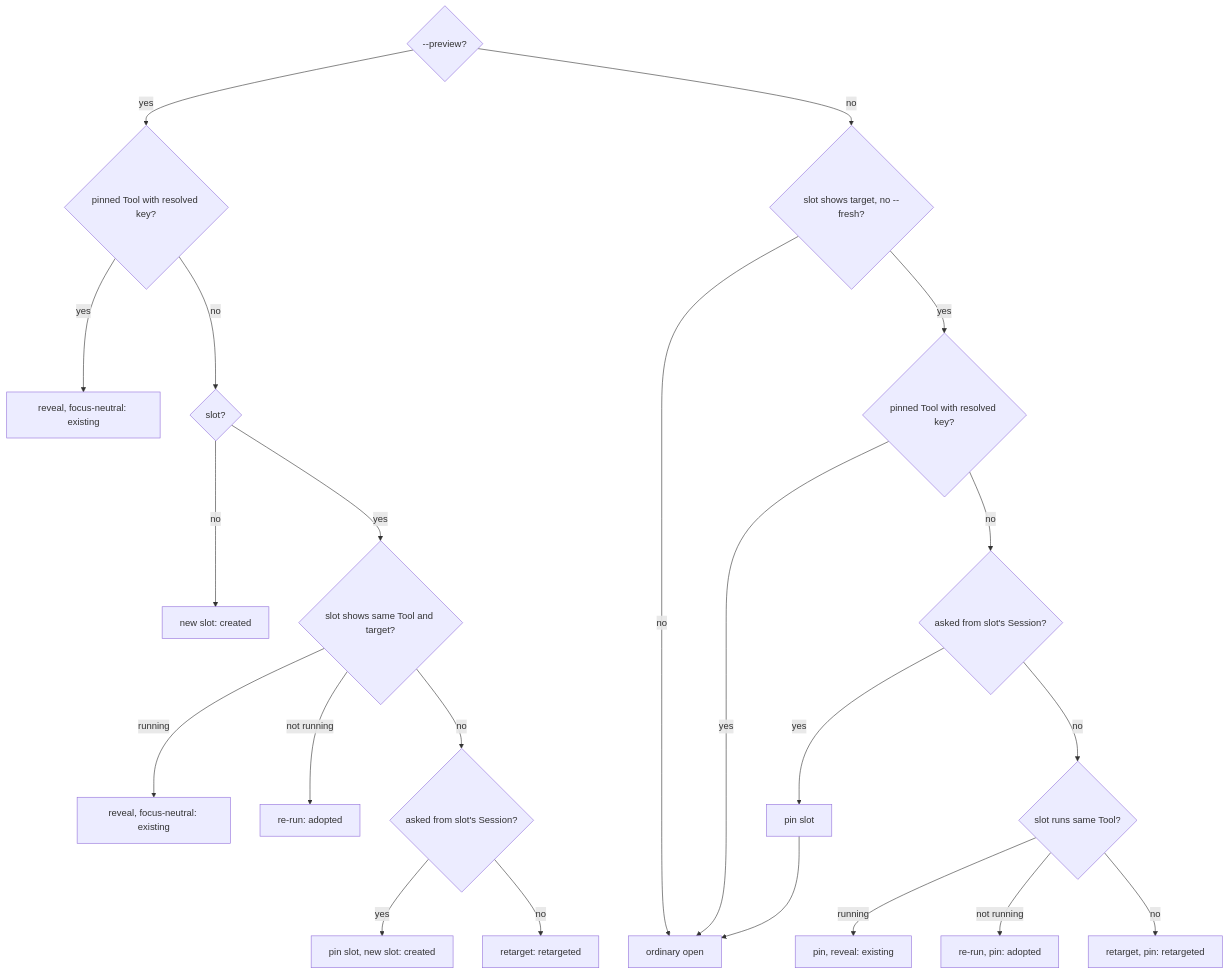
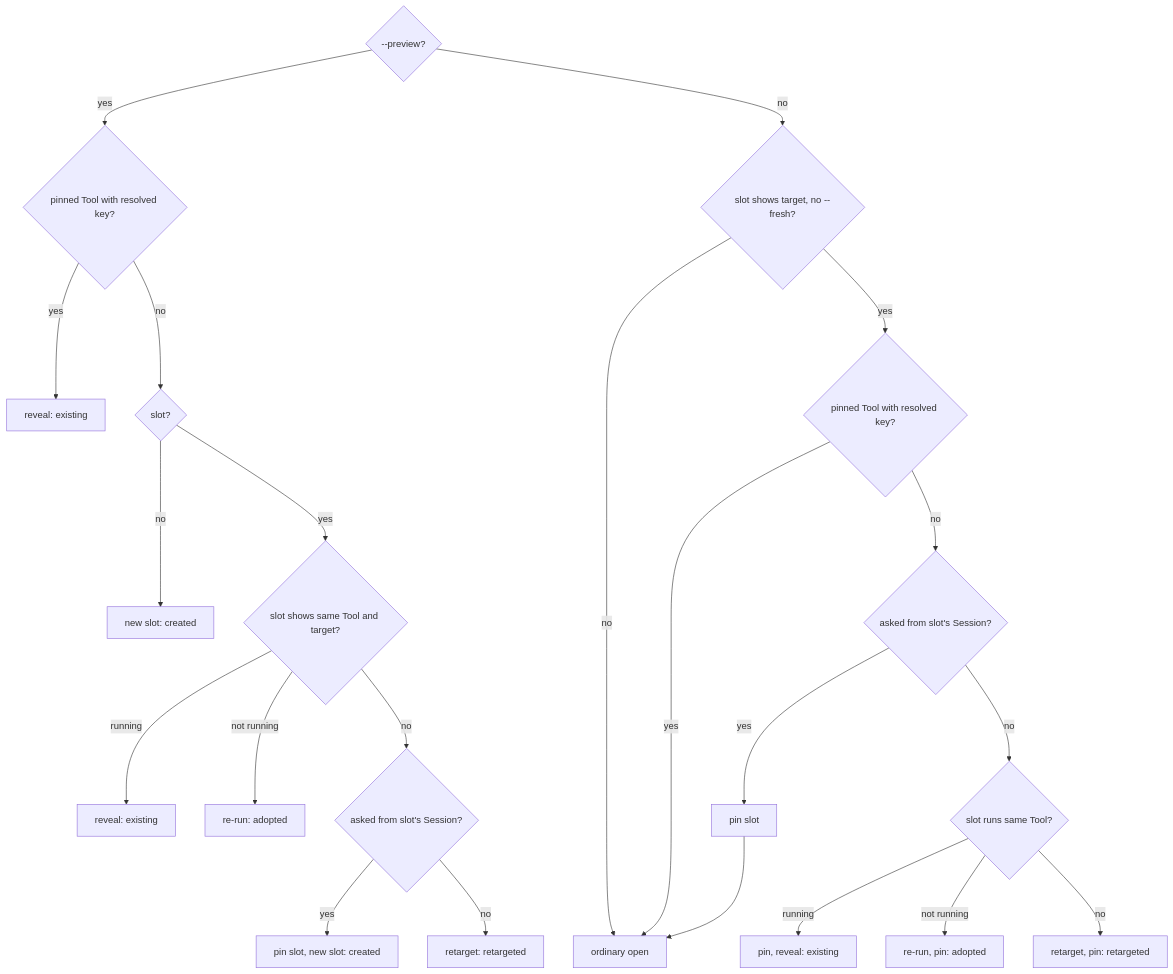
Before and after one commit to diffplug/dormouse: the second of 3 diagrams in docs/specs/dor-tool.md, drawn with Mermaid. The commit also changed other lines of this file and 38 other files, not shown here.

````diff
--- a/docs/specs/dor-tool.md
+++ b/docs/specs/dor-tool.md
@@ -277,24 +277,24 @@
 ```mermaid
 flowchart TD
   Q{--preview?}
   Q -- yes --> P1{pinned Tool with resolved key?}
-  P1 -- yes --> EX1[reveal, focus-neutral: existing]
+  P1 -- yes --> EX1[reveal: existing]
   P1 -- no --> P2{slot?}
   P2 -- no --> NEW[new slot: created]
   P2 -- yes --> P3{slot shows same Tool and target?}
-  P3 -- running --> EX2[reveal, focus-neutral: existing]
+  P3 -- running --> EX2[reveal: existing]
   P3 -- not running --> RR[re-run: adopted]
   P3 -- no --> P4{asked from slot's Session?}
   P4 -- yes --> PIN[pin slot, new slot: created]
   P4 -- no --> RT[retarget: retargeted]
   Q -- no --> A1{slot shows target, no --fresh?}
   A1 -- no --> ORD[ordinary open]
   A1 -- yes --> A2{pinned Tool with resolved key?}
   A2 -- yes --> ORD
   A2 -- no --> A3{asked from slot's Session?}
   A3 -- yes --> PO[pin slot] --> ORD
   A3 -- no --> A4{slot runs same Tool?}
   A4 -- running --> EXP[pin, reveal: existing]
   A4 -- not running --> RRP[re-run, pin: adopted]
   A4 -- no --> RTP[retarget, pin: retargeted]
 ```
````
